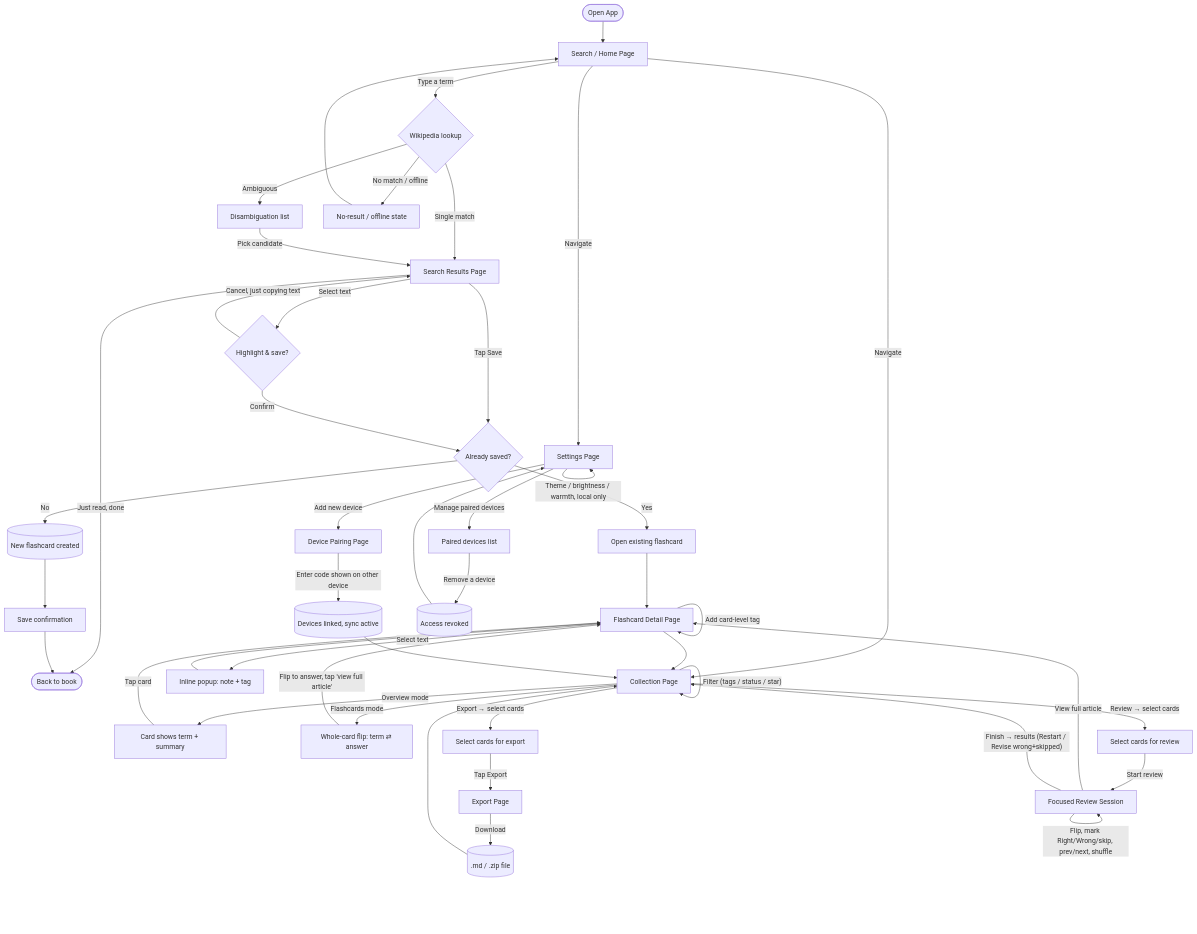
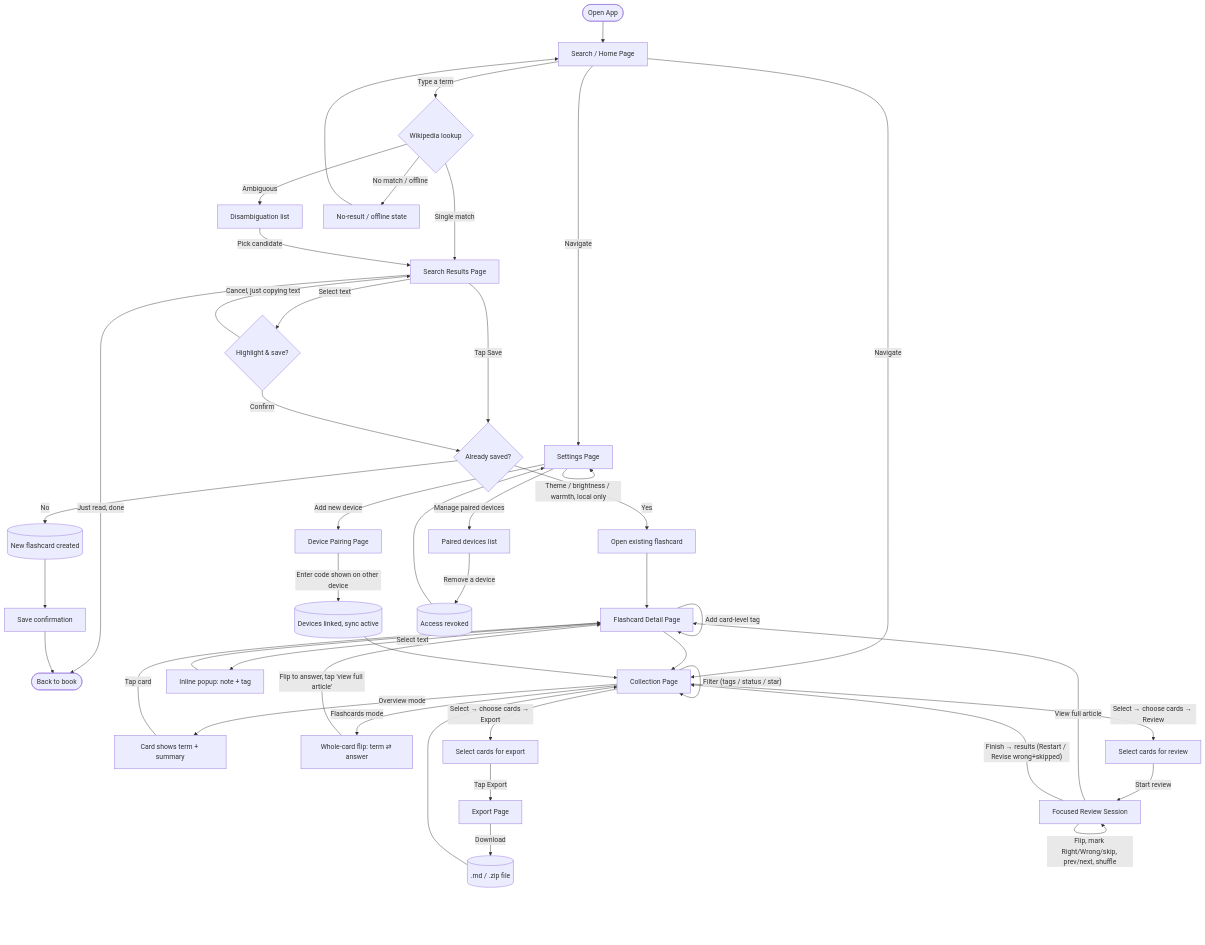
One commit to iloveexo159-bot/glossary changed the diagram in PRD_WikiSearch_MVP.md. Above: the diagram before and after it, drawn with Mermaid. The commit also changed other lines of this file and 2 other files, not shown here.

Commit message:
docs: sync design + PRD to app changes (dim-overlay brightness, select-first bulk actions, filter panel, swipe/fling review, mobile paths)

````diff
--- a/PRD_WikiSearch_MVP.md
+++ b/PRD_WikiSearch_MVP.md
@@ -65,54 +65,54 @@
 ```mermaid
 flowchart TD
     Start(["Open App"]) --> Home["Search / Home Page"]
 
     Home -->|"Type a term"| Fetch{"Wikipedia lookup"}
     Fetch -->|"Single match"| Results["Search Results Page"]
     Fetch -->|"Ambiguous"| Disambig["Disambiguation list"]
     Fetch -->|"No match / offline"| NoResult["No-result / offline state"]
     Disambig -->|"Pick candidate"| Results
     NoResult --> Home
 
     Results -->|"Just read, done"| BackToBook(["Back to book"])
     Results -->|"Select text"| ConfirmHighlight{"Highlight & save?"}
     ConfirmHighlight -->|"Cancel, just copying text"| Results
     Results -->|"Tap Save"| CheckExisting{"Already saved?"}
     ConfirmHighlight -->|"Confirm"| CheckExisting
     CheckExisting -->|"Yes"| ExistingCard["Open existing flashcard"]
     CheckExisting -->|"No"| CardCreated[("New flashcard created")]
     ExistingCard --> Detail["Flashcard Detail Page"]
     CardCreated --> Toast["Save confirmation"]
     Toast --> BackToBook
 
     Home -->|"Navigate"| Collection["Collection Page"]
     Collection -->|"Overview mode"| OverviewState["Card shows term + summary"]
     Collection -->|"Flashcards mode"| FlipState["Whole-card flip: term ⇄ answer"]
     OverviewState -->|"Tap card"| Detail
     FlipState -->|"Flip to answer, tap 'view full article'"| Detail
     Collection -->|"Filter (tags / status / star)"| Collection
 
     Detail -->|"Select text"| Annotate["Inline popup: note + tag"]
     Annotate --> Detail
     Detail -->|"Add card-level tag"| Detail
     Detail --> Collection
 
-    Collection -->|"Review → select cards"| ReviewSel["Select cards for review"]
+    Collection -->|"Select → choose cards → Review"| ReviewSel["Select cards for review"]
     ReviewSel -->|"Start review"| Session["Focused Review Session"]
     Session -->|"Flip, mark Right/Wrong/skip, prev/next, shuffle"| Session
     Session -->|"View full article"| Detail
     Session -->|"Finish → results (Restart / Revise wrong+skipped)"| Collection
 
-    Collection -->|"Export → select cards"| MultiSelect["Select cards for export"]
+    Collection -->|"Select → choose cards → Export"| MultiSelect["Select cards for export"]
     MultiSelect -->|"Tap Export"| ExportPage["Export Page"]
     ExportPage -->|"Download"| MdFiles[(".md / .zip file")]
     MdFiles --> Collection
 
     Home -->|"Navigate"| Settings["Settings Page"]
     Settings -->|"Theme / brightness / warmth, local only"| Settings
     Settings -->|"Add new device"| Pairing["Device Pairing Page"]
     Pairing -->|"Enter code shown on other device"| Synced[("Devices linked, sync active")]
     Synced --> Collection
     Settings -->|"Manage paired devices"| ManageDevices["Paired devices list"]
     ManageDevices -->|"Remove a device"| Revoked[("Access revoked")]
     Revoked --> Settings
 ```
````
